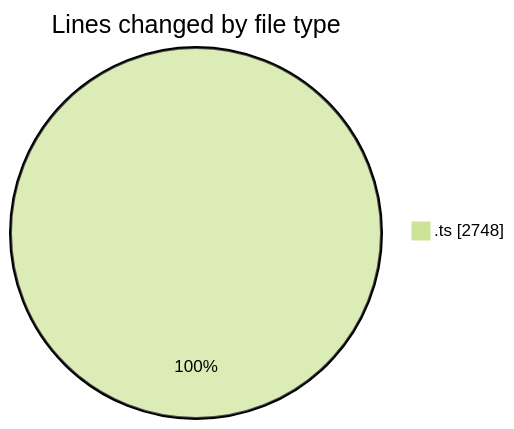
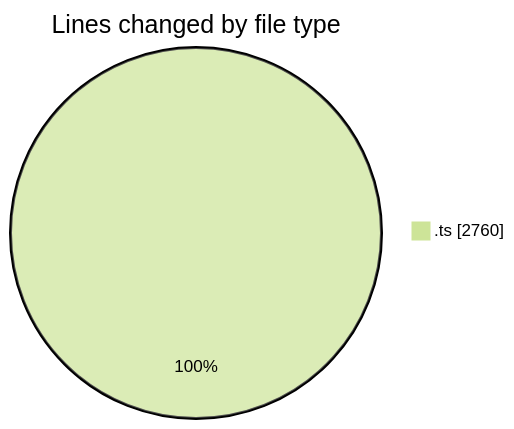
One commit to momahboobian/code-tracking changed the first of 2 diagrams in 2025-08-07/cda/README.md. Above: the diagram before and after it, drawn with Mermaid (forest theme). The commit also changed other lines of this file and 1 other file, not shown here.

````diff
--- a/2025-08-07/cda/README.md
+++ b/2025-08-07/cda/README.md
@@ -23,5 +23,5 @@
 ```mermaid
 pie showData
 title Lines changed by file type
-".ts" : 2748
+".ts" : 2760
 ```
````
